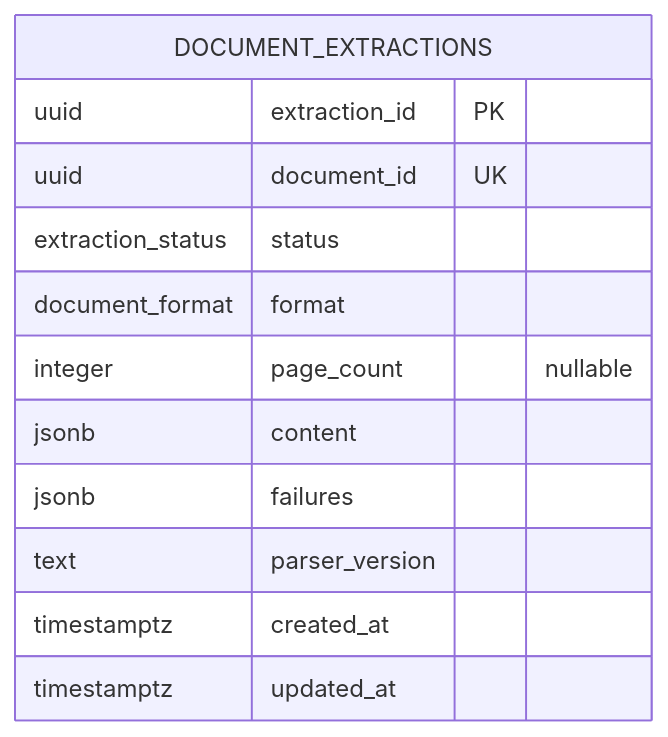
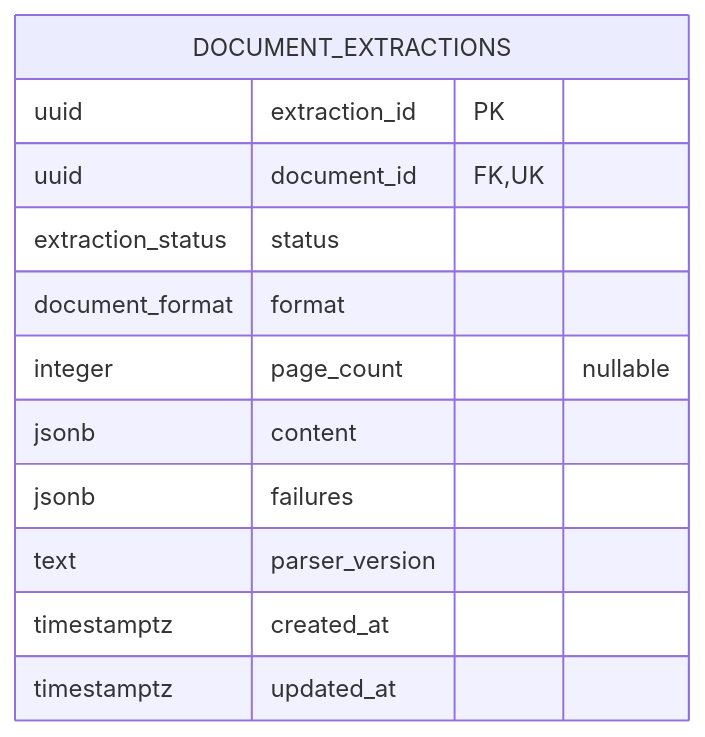
Before and after one commit to cv-parser-team/Backend: the second of 2 diagrams in docs/database/data-model.md, drawn with Mermaid. The commit also changed other lines of this file and 6 other files, not shown here.

````diff
--- a/docs/database/data-model.md
+++ b/docs/database/data-model.md
@@ -336,15 +345,15 @@
 ```mermaid
 erDiagram
     DOCUMENT_EXTRACTIONS {
         uuid extraction_id PK
-        uuid document_id UK
+        uuid document_id FK, UK
         extraction_status status
         document_format format
         integer page_count "nullable"
         jsonb content
         jsonb failures
         text parser_version
         timestamptz created_at
         timestamptz updated_at
     }
 ```
````
